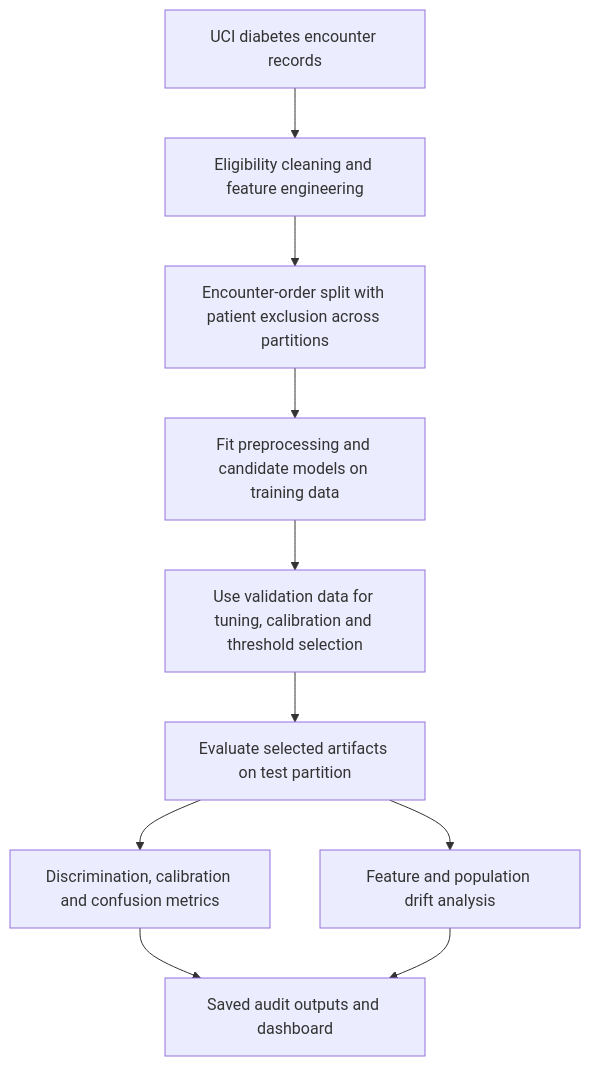
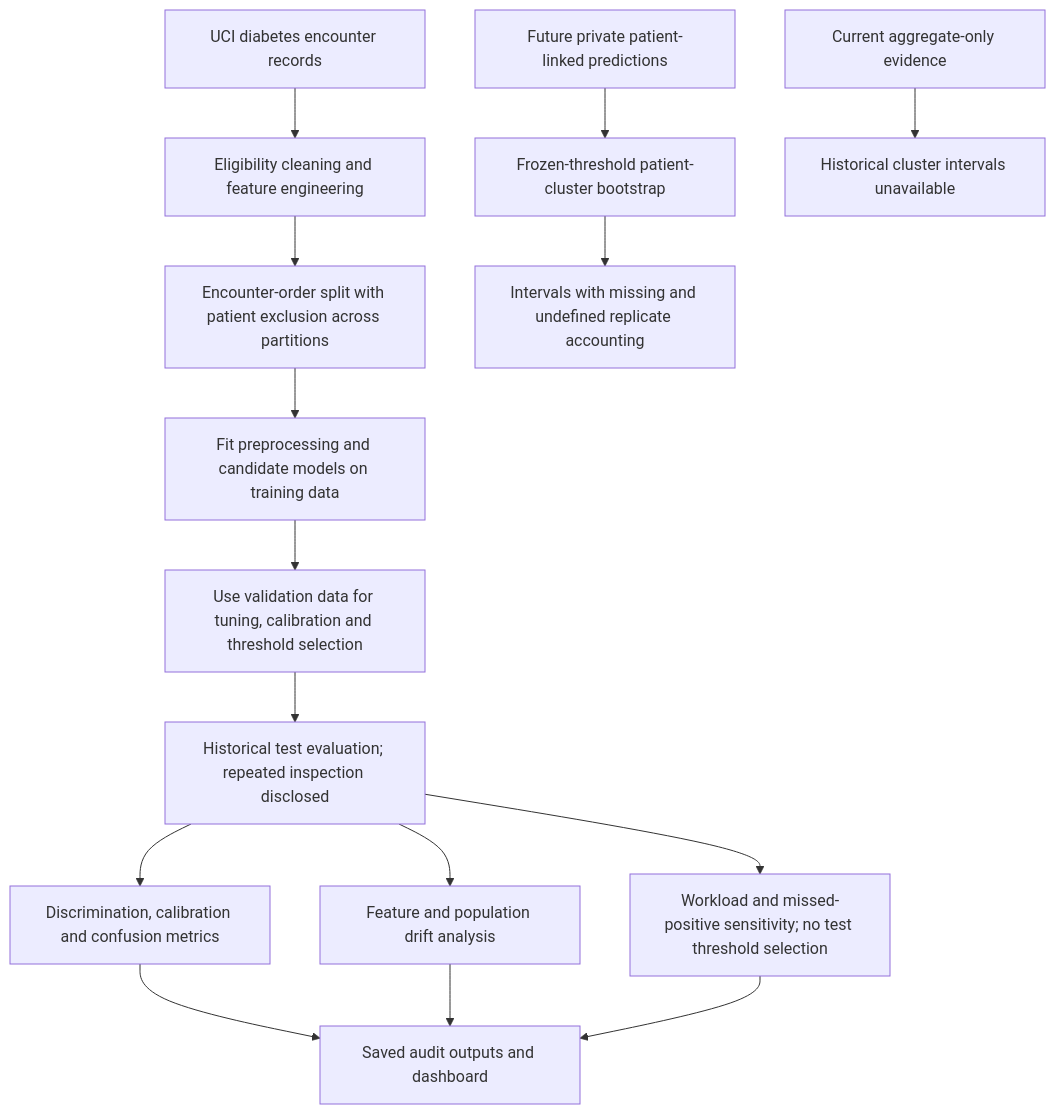
The diagram in WORKFLOW.md (Zinga18018/readmission-risk-audit), drawn with Mermaid before and after one commit. The commit also changed other lines of this file and 15 other files, not shown here.

Commit message:
Disclose exploratory test reuse and add patient-cluster uncertainty tooling

````diff
--- a/WORKFLOW.md
+++ b/WORKFLOW.md
@@ -9,12 +9,17 @@
 ```mermaid
 flowchart TD
 A["UCI diabetes encounter records"] --> B["Eligibility cleaning and feature engineering"]
     B --> C["Encounter-order split with patient exclusion across partitions"]
     C --> D["Fit preprocessing and candidate models on training data"]
     D --> E["Use validation data for tuning, calibration and threshold selection"]
-    E --> F["Evaluate selected artifacts on test partition"]
+    E --> F["Historical test evaluation; repeated inspection disclosed"]
     F --> G["Discrimination, calibration and confusion metrics"]
     F --> H["Feature and population drift analysis"]
     G --> I["Saved audit outputs and dashboard"]
     H --> I
+    F --> J["Workload and missed-positive sensitivity; no test threshold selection"]
+    J --> I
+    K["Future private patient-linked predictions"] --> L["Frozen-threshold patient-cluster bootstrap"]
+    L --> M["Intervals with missing and undefined replicate accounting"]
+    N["Current aggregate-only evidence"] --> O["Historical cluster intervals unavailable"]
 ```
````
